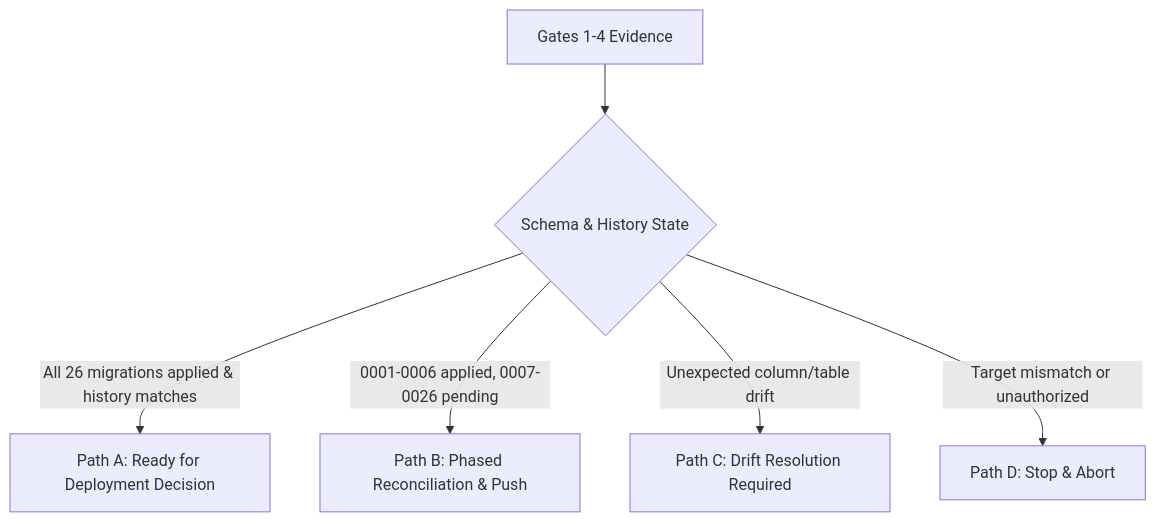
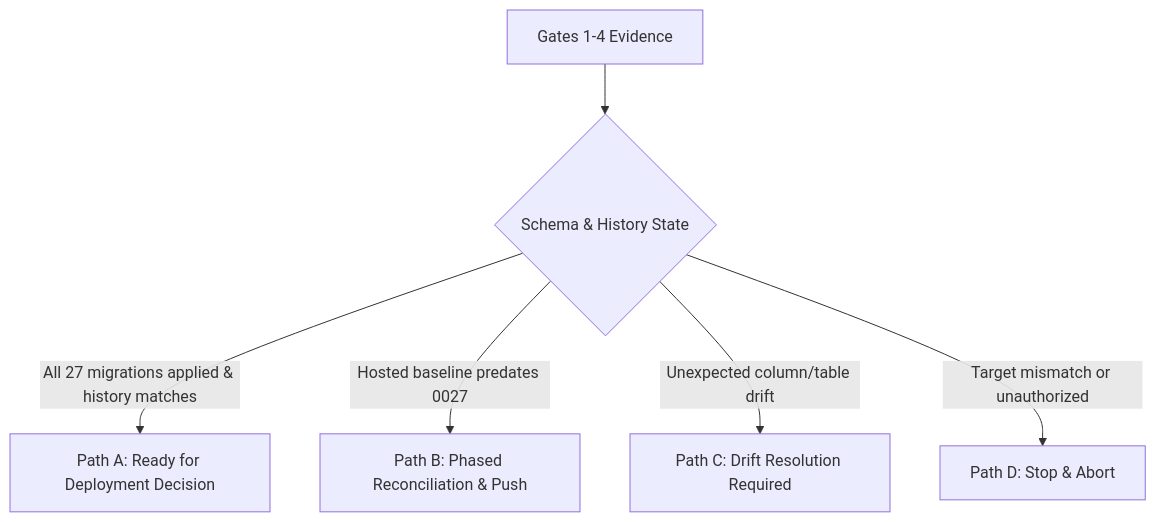
Before and after one commit to acmis1/capstone-impact-platform: the diagram in infra/supabase/staging-reconciliation-runbook.md, drawn with Mermaid. The commit also changed other lines of this file and 37 other files, not shown here.

````diff
--- a/infra/supabase/staging-reconciliation-runbook.md
+++ b/infra/supabase/staging-reconciliation-runbook.md
@@ -141,8 +142,8 @@
 ```mermaid
 flowchart TD
     G[Gates 1-4 Evidence] --> C{Schema & History State}
-    C -->|All 26 migrations applied & history matches| PA[Path A: Ready for Deployment Decision]
-    C -->|0001-0006 applied, 0007-0026 pending| PB[Path B: Phased Reconciliation & Push]
+    C -->|All 27 migrations applied & history matches| PA[Path A: Ready for Deployment Decision]
+    C -->|Hosted baseline predates 0027| PB[Path B: Phased Reconciliation & Push]
     C -->|Unexpected column/table drift| PC[Path C: Drift Resolution Required]
     C -->|Target mismatch or unauthorized| PD[Path D: Stop & Abort]
 ```
````
